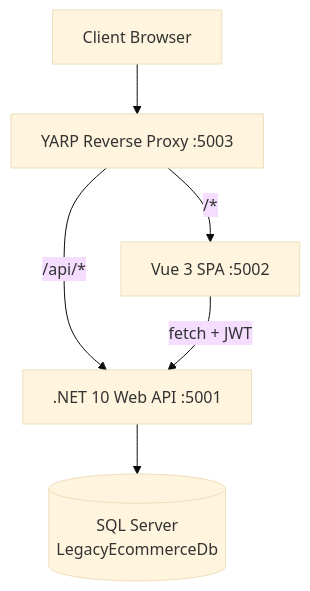
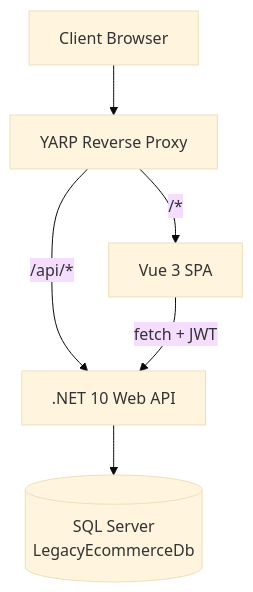
One commit to maazzshaikh11/eCommerce-Migration changed the diagram in README.md. Above: the diagram before and after it, drawn with Mermaid (base theme). The commit also changed other lines of this file, not shown here.

````diff
--- a/README.md
+++ b/README.md
@@ -26,14 +26,14 @@
 ```mermaid
 graph TB
     Client[Client Browser]
-    YARP[YARP Reverse Proxy :5003]
-    API[.NET 10 Web API :5001]
-    SPA[Vue 3 SPA :5002]
+    YARP[YARP Reverse Proxy ]
+    API[.NET 10 Web API ]
+    SPA[Vue 3 SPA ]
     DB[(SQL Server\nLegacyEcommerceDb)]
 
     Client --> YARP
     YARP -->|/api/*| API
     YARP -->|/*| SPA
     API --> DB
     SPA -->|fetch + JWT| API
 ```
````
